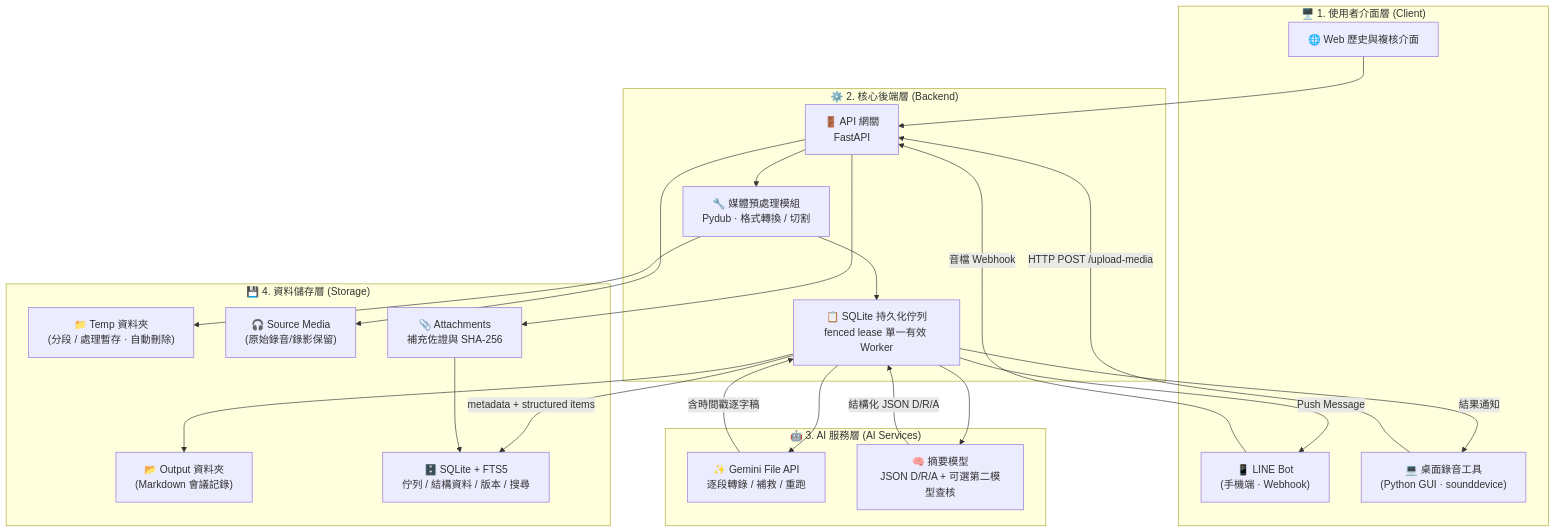
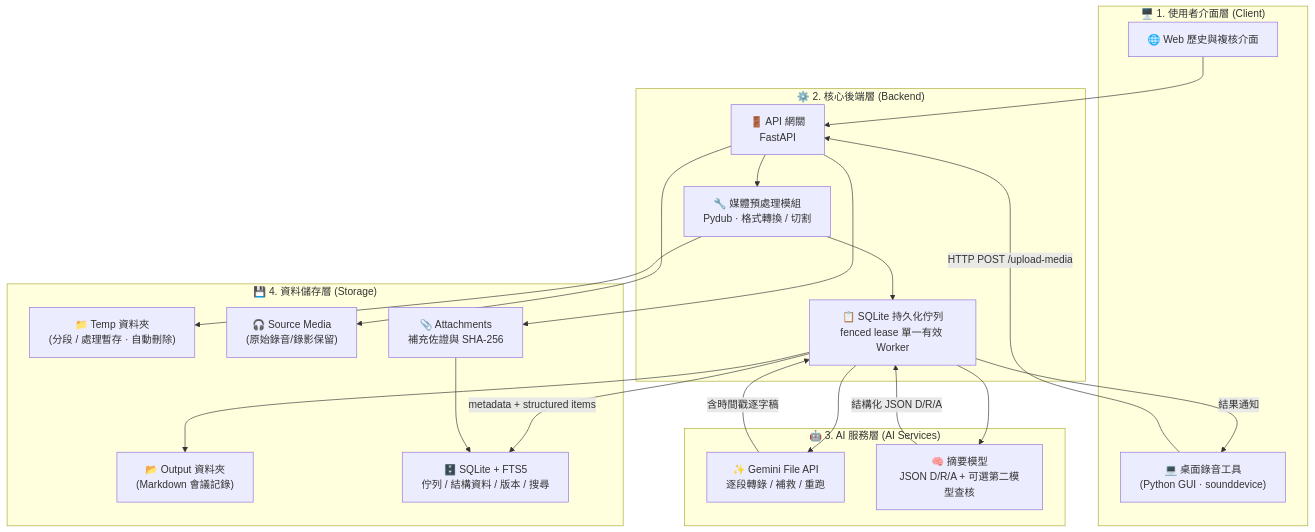
The first of 2 diagrams in ARCHITECTURE.md (balboku/meeting_assistant), drawn with Mermaid before and after one commit. The commit also changed other lines of this file and 17 other files, not shown here.

````diff
--- a/ARCHITECTURE.md
+++ b/ARCHITECTURE.md
@@ -11,45 +11,42 @@
 ```mermaid
 graph TB
     subgraph CLIENT["🖥️ 1. 使用者介面層 (Client)"]
         WEB["🌐 Web 歷史與複核介面"]
-        LINE["📱 LINE Bot\n(手機端 · Webhook)"]
         GUI["💻 桌面錄音工具\n(Python GUI · sounddevice)"]
     end
 
     subgraph BACKEND["⚙️ 2. 核心後端層 (Backend)"]
         FASTAPI["🚪 API 網關\nFastAPI"]
         PREPROCESS["🔧 媒體預處理模組\nPydub · 格式轉換 / 切割"]
         QUEUE["📋 SQLite 持久化佇列\nfenced lease 單一有效 Worker"]
     end
 
     subgraph AI["🤖 3. AI 服務層 (AI Services)"]
         TRANSCRIBE["✨ Gemini File API\n逐段轉錄 / 補救 / 重跑"]
         SUMMARY["🧠 摘要模型\nJSON D/R/A + 可選第二模型查核"]
     end
 
     subgraph STORAGE["💾 4. 資料儲存層 (Storage)"]
         TEMP["📁 Temp 資料夾\n(分段 / 處理暫存 · 自動刪除)"]
         SOURCE["🎧 Source Media\n(原始錄音/錄影保留)"]
         OUTPUT["📂 Output 資料夾\n(Markdown 會議記錄)"]
         ATTACH["📎 Attachments\n補充佐證與 SHA-256"]
         SQLITE["🗄️ SQLite + FTS5\n佇列 / 結構資料 / 版本 / 搜尋"]
     end
 
     WEB --> FASTAPI
-    LINE -- "音檔 Webhook" --> FASTAPI
     GUI -- "HTTP POST /upload-media" --> FASTAPI
     FASTAPI --> PREPROCESS
     FASTAPI --> SOURCE
     PREPROCESS --> TEMP
     PREPROCESS --> QUEUE
     QUEUE --> TRANSCRIBE
     TRANSCRIBE -- "含時間戳逐字稿" --> QUEUE
     QUEUE --> SUMMARY
     SUMMARY -- "結構化 JSON D/R/A" --> QUEUE
     QUEUE --> OUTPUT
     QUEUE -- "metadata + structured items" --> SQLITE
     FASTAPI --> ATTACH
     ATTACH --> SQLITE
-    QUEUE -- "Push Message" --> LINE
     QUEUE -- "結果通知" --> GUI
 ```
````
